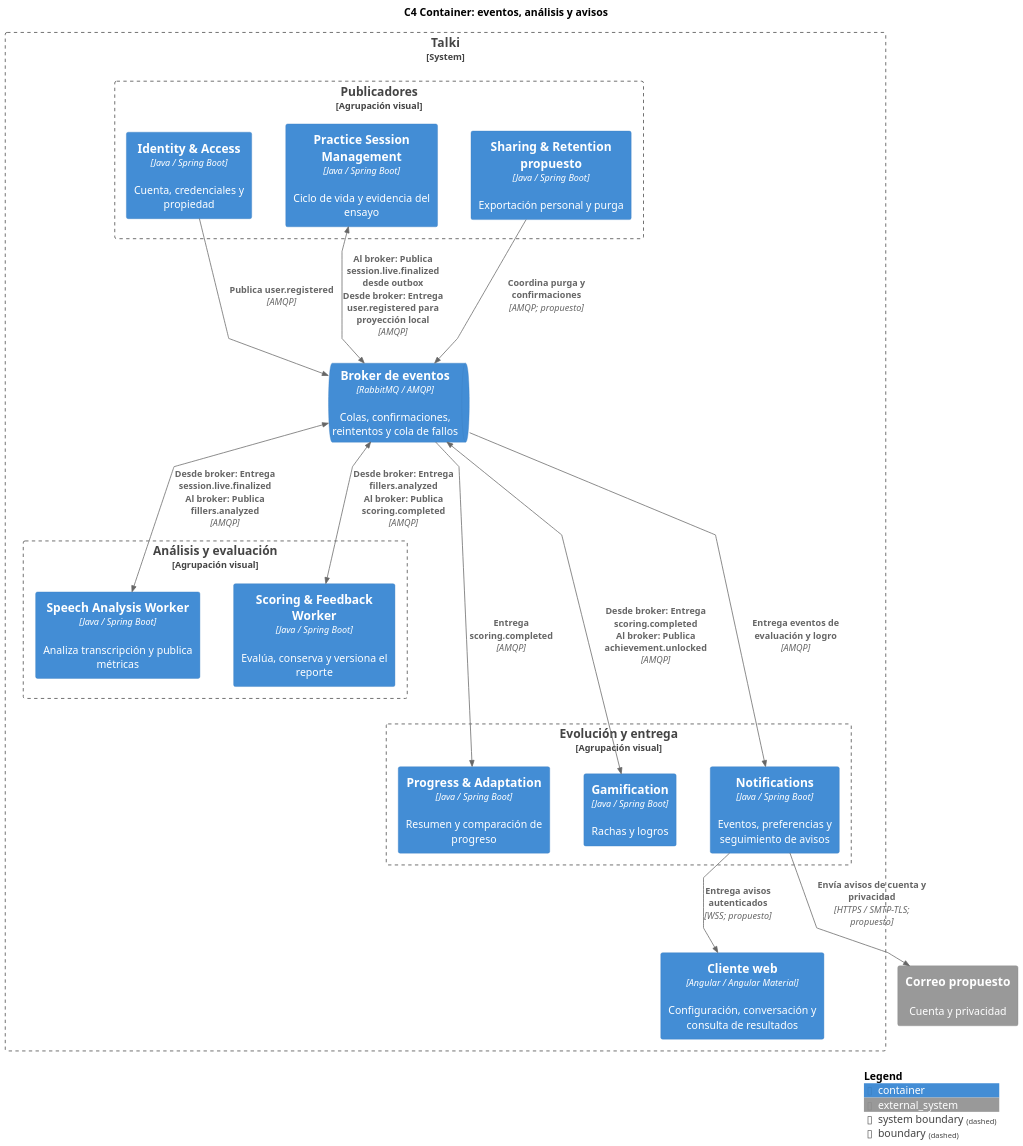
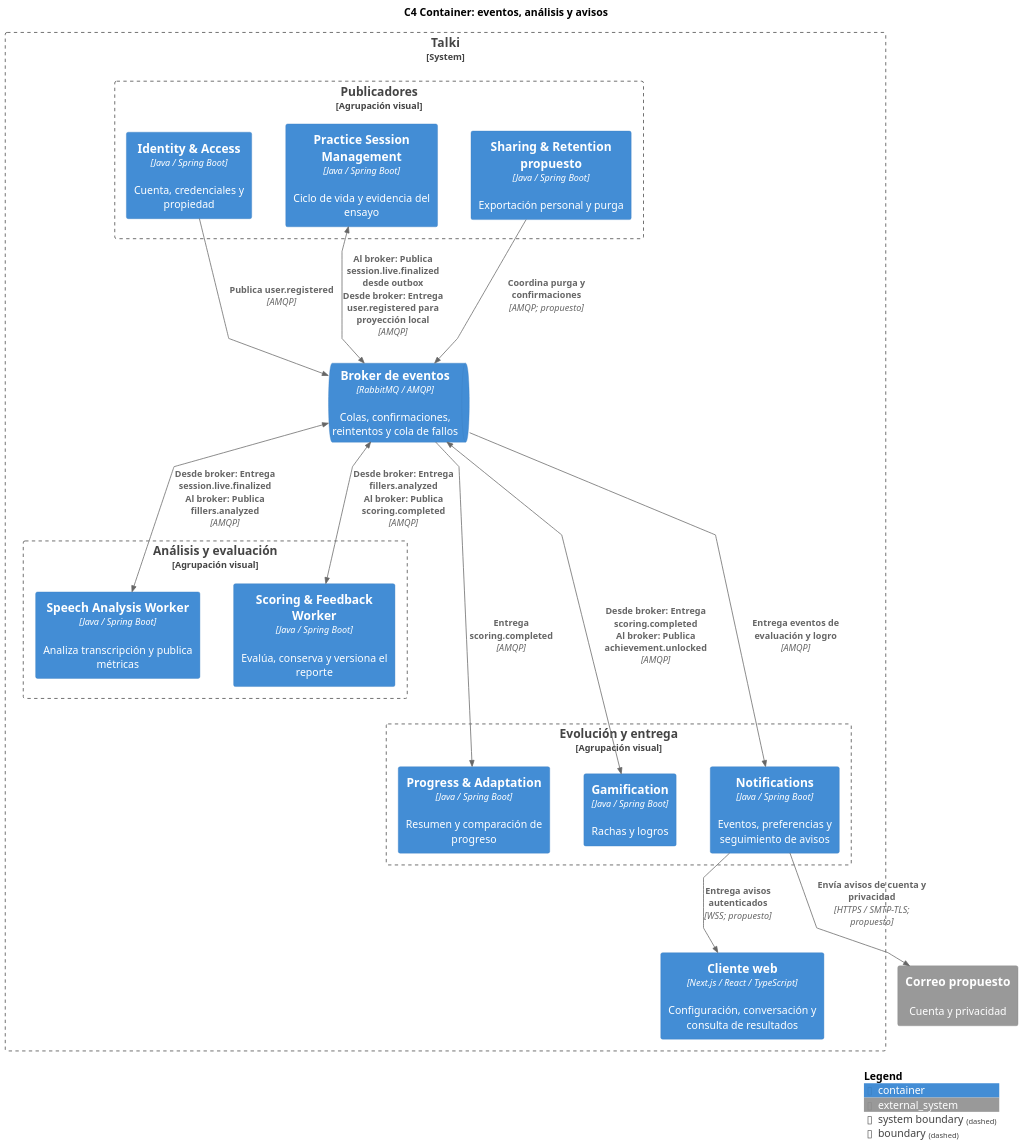
One commit to upc-pre-202620-si728-16365-thropic/talki-project-report changed the diagram in assets/diagrams/c4/containers-events.puml. Above: the diagram before and after it, drawn with PlantUML. The commit also changed 20 other files, not shown here.

Commit message:
docs(tb2): adopt Next React stack and retire migration plan

```diff
--- a/assets/diagrams/c4/containers-events.puml
+++ b/assets/diagrams/c4/containers-events.puml
@@ -1,51 +1,51 @@
 @startuml
 !include <C4/C4_Container>
 skinparam defaultFontName Arial
 skinparam dpi 150
 skinparam linetype polyline
 skinparam nodesep 45
 skinparam ranksep 65
 skinparam ArrowFontSize 12
 LAYOUT_TOP_DOWN()
 title C4 Container: eventos, análisis y avisos
 System_Ext(mail, "Correo propuesto", "Cuenta y privacidad")
 System_Boundary(talki, "Talki") {
 Boundary(groupidentity, "Publicadores", "Agrupación visual") {
 Container(identity, "Identity & Access", "Java / Spring Boot", "Cuenta, credenciales y propiedad")
 Container(sessions, "Practice Session Management", "Java / Spring Boot", "Ciclo de vida y evidencia del ensayo")
 Container(sharing, "Sharing & Retention propuesto", "Java / Spring Boot", "Exportación personal y purga")
 }
 ContainerQueue(bus, "Broker de eventos", "RabbitMQ / AMQP", "Colas, confirmaciones, reintentos y cola de fallos")
 Boundary(groupanalysis, "Análisis y evaluación", "Agrupación visual") {
 Container(analysis, "Speech Analysis Worker", "Java / Spring Boot", "Analiza transcripción y publica métricas")
 Container(scoring, "Scoring & Feedback Worker", "Java / Spring Boot", "Evalúa, conserva y versiona el reporte")
 }
 Boundary(groupprogress, "Evolución y entrega", "Agrupación visual") {
 Container(progress, "Progress & Adaptation", "Java / Spring Boot", "Resumen y comparación de progreso")
 Container(game, "Gamification", "Java / Spring Boot", "Rachas y logros")
 Container(notifications, "Notifications", "Java / Spring Boot", "Eventos, preferencias y seguimiento de avisos")
 }
-Container(web, "Cliente web", "Angular / Angular Material", "Configuración, conversación y consulta de resultados")
+Container(web, "Cliente web", "Next.js / React / TypeScript", "Configuración, conversación y consulta de resultados")
 }
 BiRel(bus, sessions, "Al broker: Publica session.live.finalized desde outbox\nDesde broker: Entrega user.registered para proyección local", "AMQP")
 BiRel(bus, analysis, "Desde broker: Entrega session.live.finalized\nAl broker: Publica fillers.analyzed", "AMQP")
 BiRel(bus, scoring, "Desde broker: Entrega fillers.analyzed\nAl broker: Publica scoring.completed", "AMQP")
 Rel(bus, progress, "Entrega scoring.completed", "AMQP")
 BiRel(bus, game, "Desde broker: Entrega scoring.completed\nAl broker: Publica achievement.unlocked", "AMQP")
 Rel(identity, bus, "Publica user.registered", "AMQP")
 Rel(sharing, bus, "Coordina purga y confirmaciones", "AMQP; propuesto")
 Rel(bus, notifications, "Entrega eventos de evaluación y logro", "AMQP")
 Rel(notifications, web, "Entrega avisos autenticados", "WSS; propuesto")
 Rel(notifications, mail, "Envía avisos de cuenta y privacidad", "HTTPS / SMTP-TLS; propuesto")
 Lay_R(identity, sessions)
 Lay_R(sessions, sharing)
 Lay_D(sessions, bus)
 Lay_R(analysis, scoring)
 Lay_D(bus, analysis)
 Lay_R(progress, game)
 Lay_R(game, notifications)
 Lay_D(analysis, progress)
 Lay_D(notifications, mail)
 Lay_D(notifications, web)
 SHOW_LEGEND()
 @enduml
```
